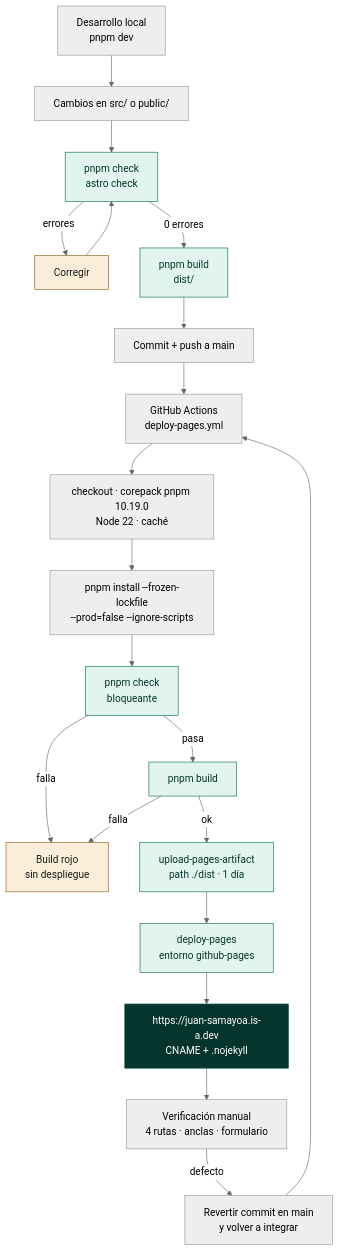
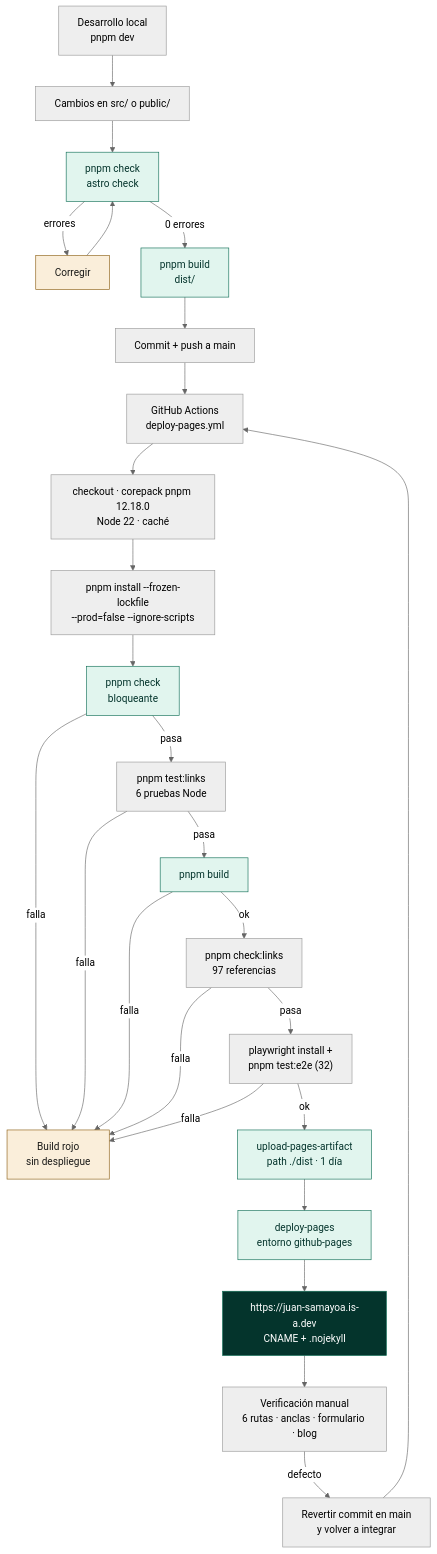
The diagram in .ai/diagrams/deployment.mmd (JuanSamayoa/Portafolio-HTML), drawn with Mermaid (neutral theme) before and after one commit. The commit also changed 25 other files, not shown here.

Commit message:
docs(ai): sync architecture, security, performance and blog docs

```diff
--- a/.ai/diagrams/deployment.mmd
+++ b/.ai/diagrams/deployment.mmd
@@ -1,29 +1,35 @@
 flowchart TD
     DEV["Desarrollo local<br/>pnpm dev"] --> EDIT["Cambios en src/ o public/"]
     EDIT --> CHECK["pnpm check<br/>astro check"]
     CHECK -->|"errores"| FIX["Corregir"]
     FIX --> CHECK
     CHECK -->|"0 errores"| BUILD["pnpm build<br/>dist/"]
     BUILD --> COMMIT["Commit + push a main"]
 
     COMMIT --> WF["GitHub Actions<br/>deploy-pages.yml"]
-    WF --> SETUP["checkout · corepack pnpm 10.19.0<br/>Node 22 · caché"]
+    WF -->    SETUP["checkout · corepack pnpm 12.18.0<br/>Node 22 · caché"]
     SETUP --> INSTALL["pnpm install --frozen-lockfile<br/>--prod=false --ignore-scripts"]
     INSTALL --> CICHECK["pnpm check<br/>bloqueante"]
     CICHECK -->|"falla"| STOP["Build rojo<br/>sin despliegue"]
-    CICHECK -->|"pasa"| CIBUILD["pnpm build"]
+    CICHECK -->|"pasa"| TESTLINKS["pnpm test:links<br/>6 pruebas Node"]
+    TESTLINKS -->|"falla"| STOP
+    TESTLINKS -->|"pasa"| CIBUILD["pnpm build"]
     CIBUILD -->|"falla"| STOP
-    CIBUILD -->|"ok"| ART["upload-pages-artifact<br/>path ./dist · 1 día"]
+    CIBUILD -->|"ok"| CHECKLINKS["pnpm check:links<br/>97 referencias"]
+    CHECKLINKS -->|"falla"| STOP
+    CHECKLINKS -->|"pasa"| E2E["playwright install +<br/>pnpm test:e2e (32)"]
+    E2E -->|"falla"| STOP
+    E2E -->|"ok"| ART["upload-pages-artifact<br/>path ./dist · 1 día"]
     ART --> DEPLOY["deploy-pages<br/>entorno github-pages"]
     DEPLOY --> LIVE["https://juan-samayoa.is-a.dev<br/>CNAME + .nojekyll"]
 
-    LIVE --> VERIFY["Verificación manual<br/>4 rutas · anclas · formulario"]
+    LIVE -->    VERIFY["Verificación manual<br/>6 rutas · anclas · formulario · blog"]
     VERIFY -->|"defecto"| REVERT["Revertir commit en main<br/>y volver a integrar"]
     REVERT --> WF
 
     classDef ok fill:#e1f5ee,stroke:#0f6e56,color:#04342c
     classDef bad fill:#faeeda,stroke:#8c5f14,color:#1a1a18
     classDef live fill:#04342c,stroke:#0f6e56,color:#ffffff
     class CHECK,BUILD,CICHECK,CIBUILD,ART,DEPLOY ok
     class STOP,FIX bad
     class LIVE live
```
